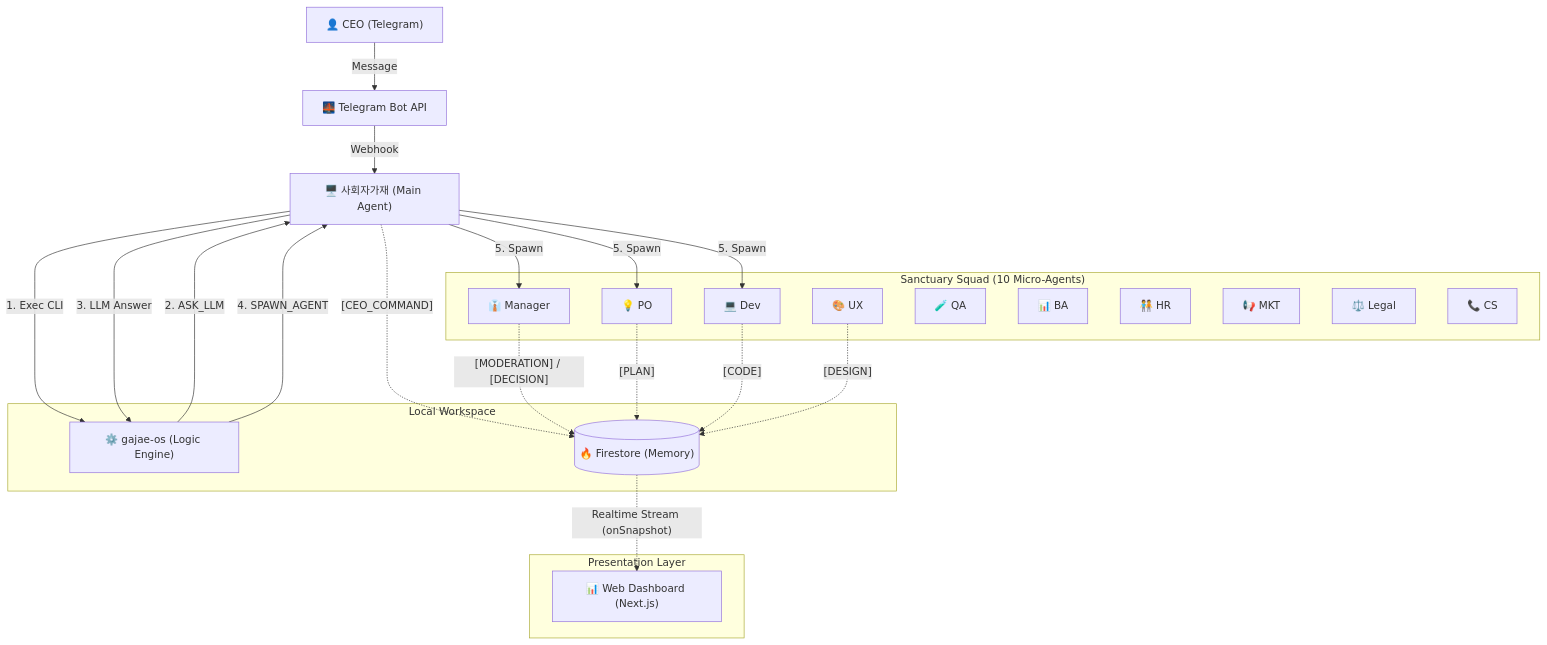
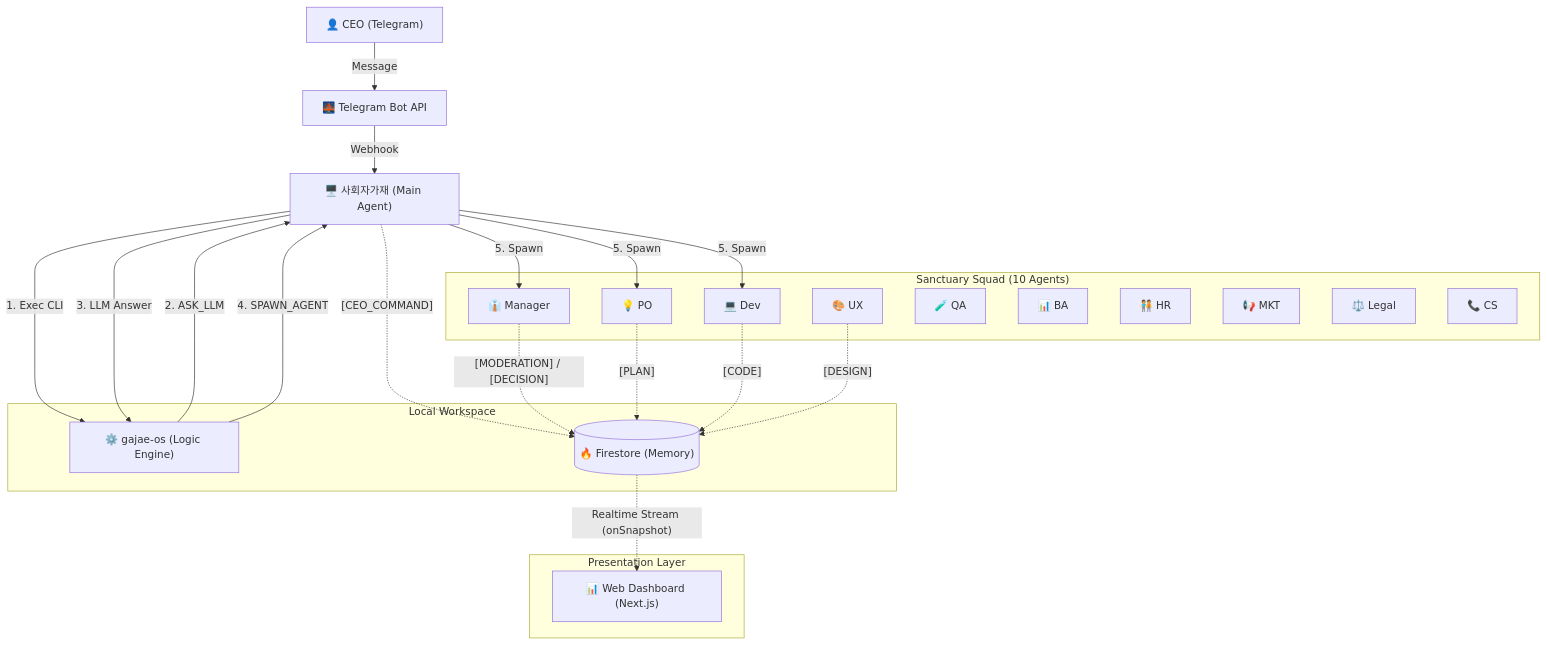
The first of 2 diagrams in docs/core/process/SYSTEM_DESIGN_V1_0.md (KyleL22/yuna-openclaw), drawn with Mermaid before and after one commit. The commit also changed other lines of this file, not shown here.

Commit message:
Docs: Finalize System Design v15.3 (Clarify Squad Count & Biseo Removal)

````diff
--- a/docs/core/process/SYSTEM_DESIGN_V1_0.md
+++ b/docs/core/process/SYSTEM_DESIGN_V1_0.md
@@ -13,45 +13,45 @@
 ```mermaid
 graph TD
     User["👤 CEO (Telegram)"] -->|Message| Bridge["🌉 Telegram Bot API"]
     Bridge -->|Webhook| Main["🖥️ 사회자가재 (Main Agent)"]
     
     subgraph "Local Workspace"
         CLI["⚙️ gajae-os (Logic Engine)"]
         DB[("🔥 Firestore (Memory)")]
     end
     
-    subgraph "Sanctuary Squad (10 Micro-Agents)"
+    subgraph "Sanctuary Squad (10 Agents)"
         PM["👔 Manager"]
         PO["💡 PO"]
         DEV["💻 Dev"]
         UX["🎨 UX"]
         QA["🧪 QA"]
         BA["📊 BA"]
         HR["🧑‍🤝‍🧑 HR"]
         MKT["📢 MKT"]
         LEGAL["⚖️ Legal"]
         CS["📞 CS"]
     end
 
     subgraph "Presentation Layer"
         Web["📊 Web Dashboard (Next.js)"]
     end
 
     Main -- "1. Exec CLI" --> CLI
     CLI -- "2. ASK_LLM" --> Main
     Main -- "3. LLM Answer" --> CLI
     CLI -- "4. SPAWN_AGENT" --> Main
     Main -- "5. Spawn" --> PM
     Main -- "5. Spawn" --> PO
     Main -- "5. Spawn" --> DEV
     
     %% All agents write to DB
     Main -.->|"[CEO_COMMAND]"| DB
     PM -.->|"[MODERATION] / [DECISION]"| DB
     PO -.->|"[PLAN]"| DB
     DEV -.->|"[CODE]"| DB
     UX -.->|"[DESIGN]"| DB
 
     %% Web View
     DB -.->|"Realtime Stream (onSnapshot)"| Web
 ```
````
